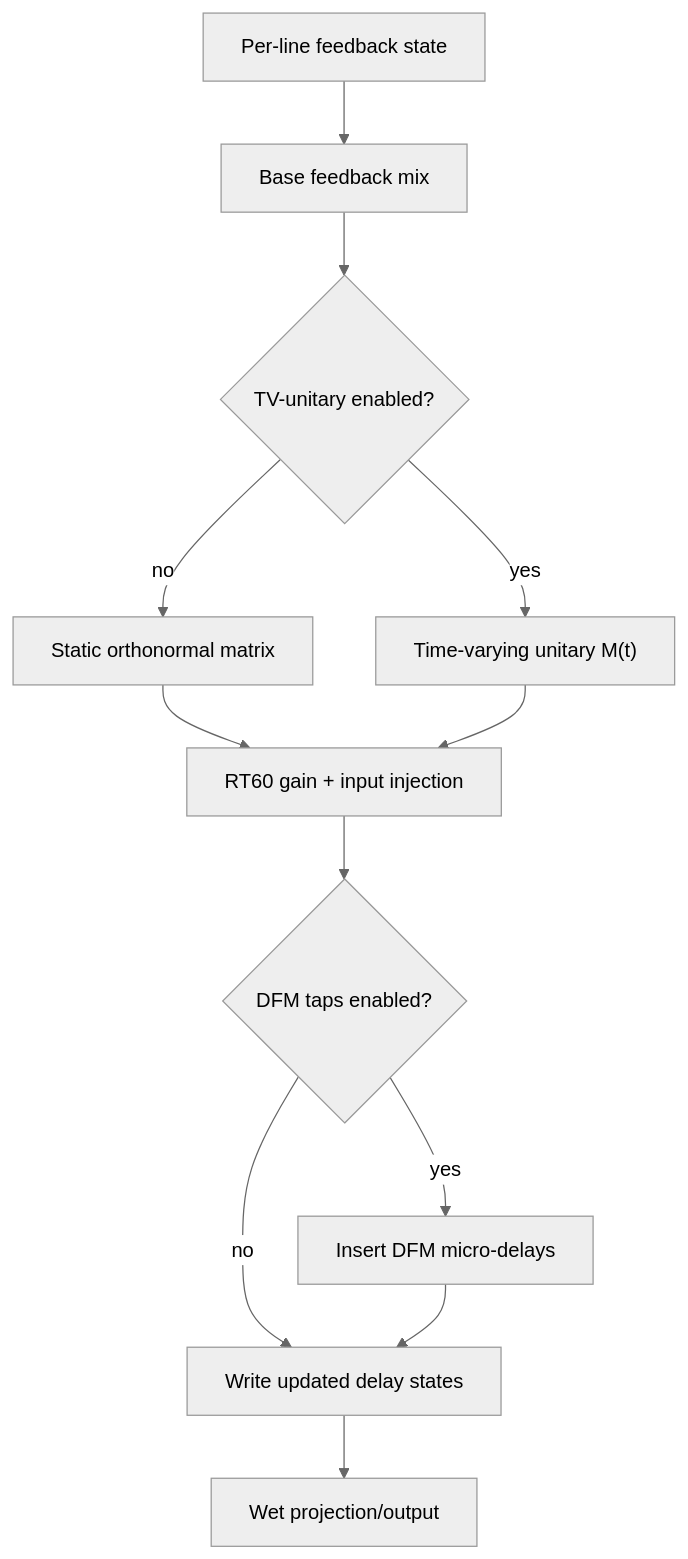
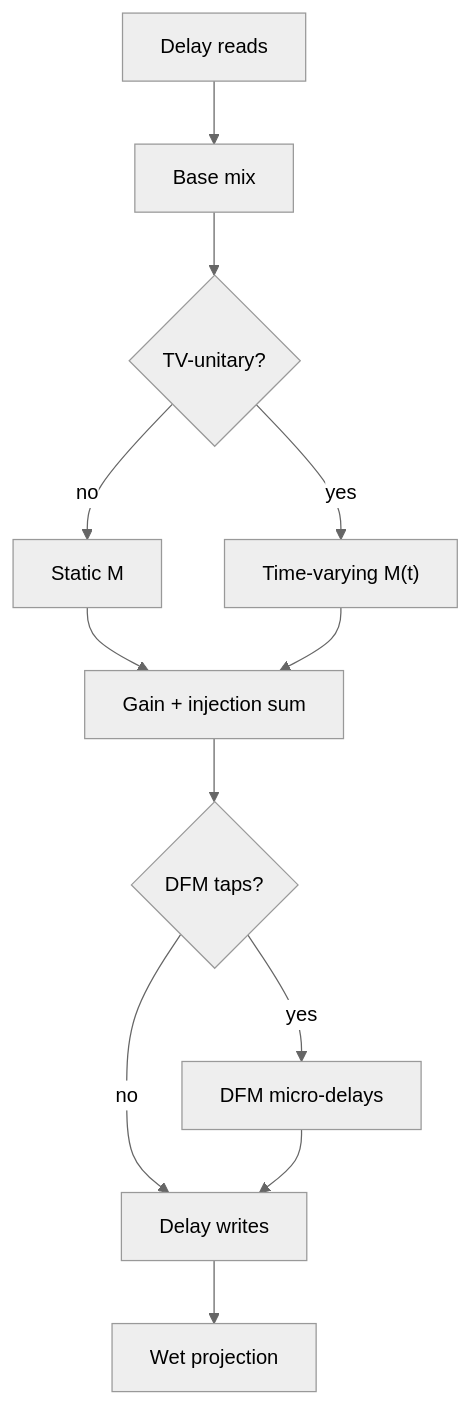
The seventh of 15 diagrams in README.md (TheColby/verbx), drawn with Mermaid (neutral theme) before and after one commit. The commit also changed other lines of this file, not shown here.

Commit message:
docs: improve FDN diagrams and add detailed DSP flow section

````diff
--- a/README.md
+++ b/README.md
@@ -1474,14 +1480,14 @@
 ```mermaid
 flowchart TD
-  A["Per-line feedback state"] --> B["Base feedback mix"]
-  B --> C{"TV-unitary enabled?"}
-  C -->|"no"| D["Static orthonormal matrix"]
-  C -->|"yes"| E["Time-varying unitary M(t)"]
-  D --> F["RT60 gain + input injection"]
-  E --> F
-  F --> G{"DFM taps enabled?"}
-  G -->|"no"| H["Write updated delay states"]
-  G -->|"yes"| I["Insert DFM micro-delays"]
-  I --> H
-  H --> J["Wet projection/output"]
+  R["Delay reads"] --> BASE["Base mix"]
+  BASE --> TV{"TV-unitary?"}
+  TV -->|"no"| MSTAT["Static M"]
+  TV -->|"yes"| MTV["Time-varying M(t)"]
+  MSTAT --> GAIN["Gain + injection sum"]
+  MTV --> GAIN
+  GAIN --> DFMQ{"DFM taps?"}
+  DFMQ -->|"no"| WRITE["Delay writes"]
+  DFMQ -->|"yes"| DFM["DFM micro-delays"]
+  DFM --> WRITE
+  WRITE --> WET["Wet projection"]
 ```
````
